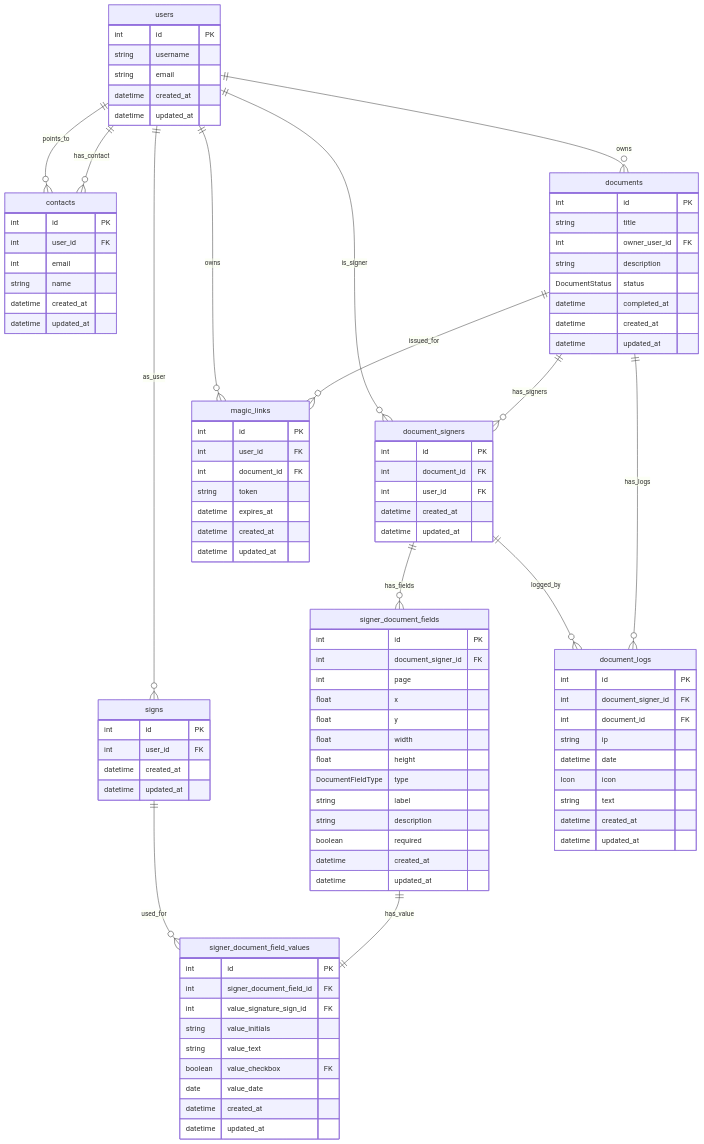
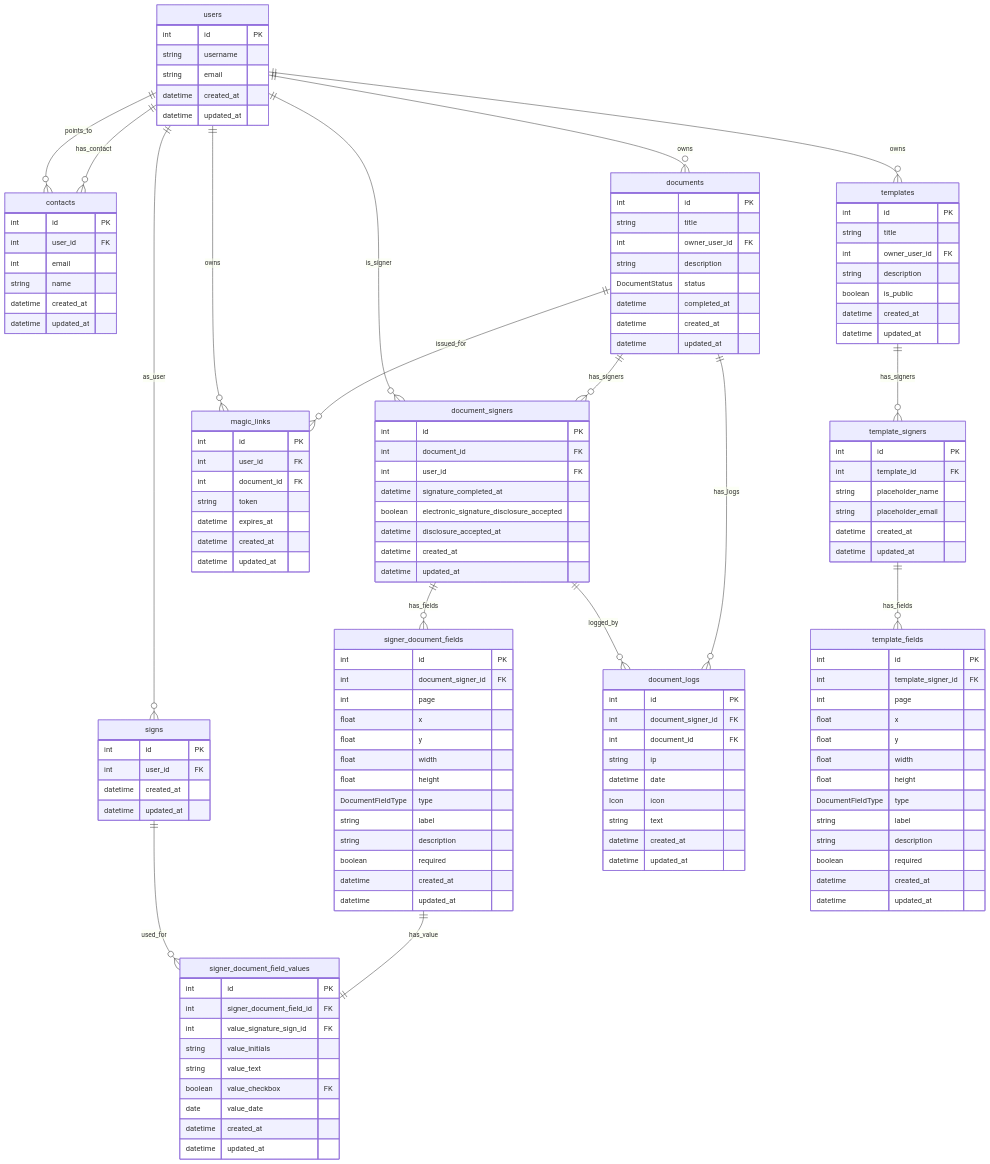
The first of 2 diagrams in system-design/db-schema.md (Jan-Eckerlein/signit), drawn with Mermaid before and after one commit. The commit also changed other lines of this file, not shown here.

Commit message:
Add new template and signer structures to the database schema
- Introduced new tables: `templates`, `template_signers`, and `template_fields` to support document templates and their associated signers and fields.
- Added fields for tracking signature completion and electronic signature disclosure acceptance in the `document_signers` table.
- Updated relationships to reflect ownership and associations between users, templates, signers, and fields.

````diff
--- a/system-design/db-schema.md
+++ b/system-design/db-schema.md
@@ -39,6 +39,9 @@
         int id PK
         int document_id FK
         int user_id FK
+        datetime signature_completed_at
+        boolean electronic_signature_disclosure_accepted
+        datetime disclosure_accepted_at
         datetime created_at
         datetime updated_at
     }
@@ -93,6 +96,41 @@
         datetime updated_at
     }
 
+    templates {
+        int id PK
+        string title
+        int owner_user_id FK
+        string description
+        boolean is_public
+        datetime created_at
+        datetime updated_at
+    }
+
+    template_signers {
+        int id PK
+        int template_id FK
+        string placeholder_name
+        string placeholder_email
+        datetime created_at
+        datetime updated_at
+    }
+
+    template_fields {
+        int id PK
+        int template_signer_id FK
+        int page
+        float x
+        float y
+        float width
+        float height
+        DocumentFieldType type
+        string label
+        string description
+        boolean required
+        datetime created_at
+        datetime updated_at
+    }
+
     %% Beziehungen
     users ||--o{ documents                   : "owns"
     users ||--o{ contacts                    : "has_contact"
@@ -107,4 +145,7 @@
     document_signers ||--o{ document_logs            : "logged_by"
     documents ||--o{ magic_links               : "issued_for"
     users ||--o{ magic_links               : "owns"
+    users ||--o{ templates                   : "owns"
+    templates ||--o{ template_signers        : "has_signers"
+    template_signers ||--o{ template_fields  : "has_fields"
 ```
````
